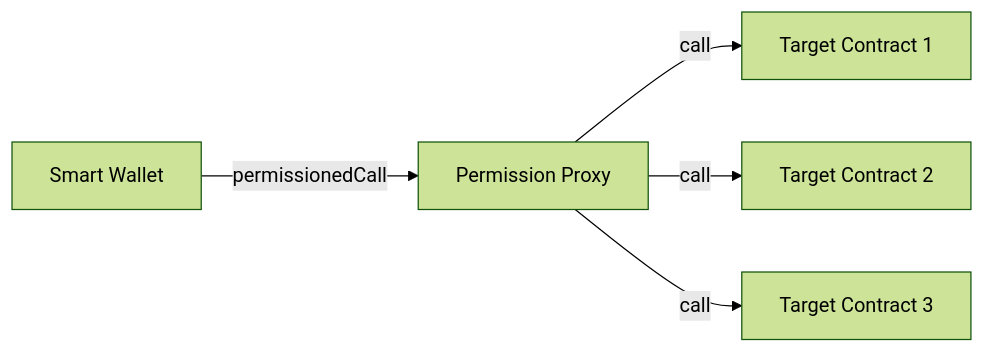
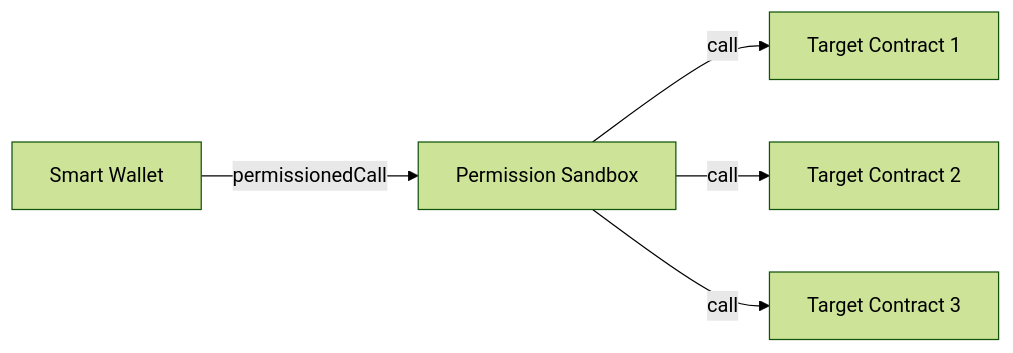
One commit to coinbase/smart-wallet-permissions changed the second of 2 diagrams in docs/PermissionedCall.md. Above: the diagram before and after it, drawn with Mermaid (forest theme). The commit also changed other lines of this file and 10 other files, not shown here.

````diff
--- a/docs/PermissionedCall.md
+++ b/docs/PermissionedCall.md
@@ -47,13 +47,13 @@
 ```mermaid
 flowchart LR
     SW["Smart Wallet"]
-    PP["Permission Proxy"]
+    PS["Permission Sandbox"]
     TC1["Target Contract 1"]
     TC2["Target Contract 2"]
     TC3["Target Contract 3"]
 
-    SW -- permissionedCall --> PP
-    PP -- call --> TC1
-    PP -- call --> TC2
-    PP -- call --> TC3
+    SW -- permissionedCall --> PS
+    PS -- call --> TC1
+    PS -- call --> TC2
+    PS -- call --> TC3
 ```
````
